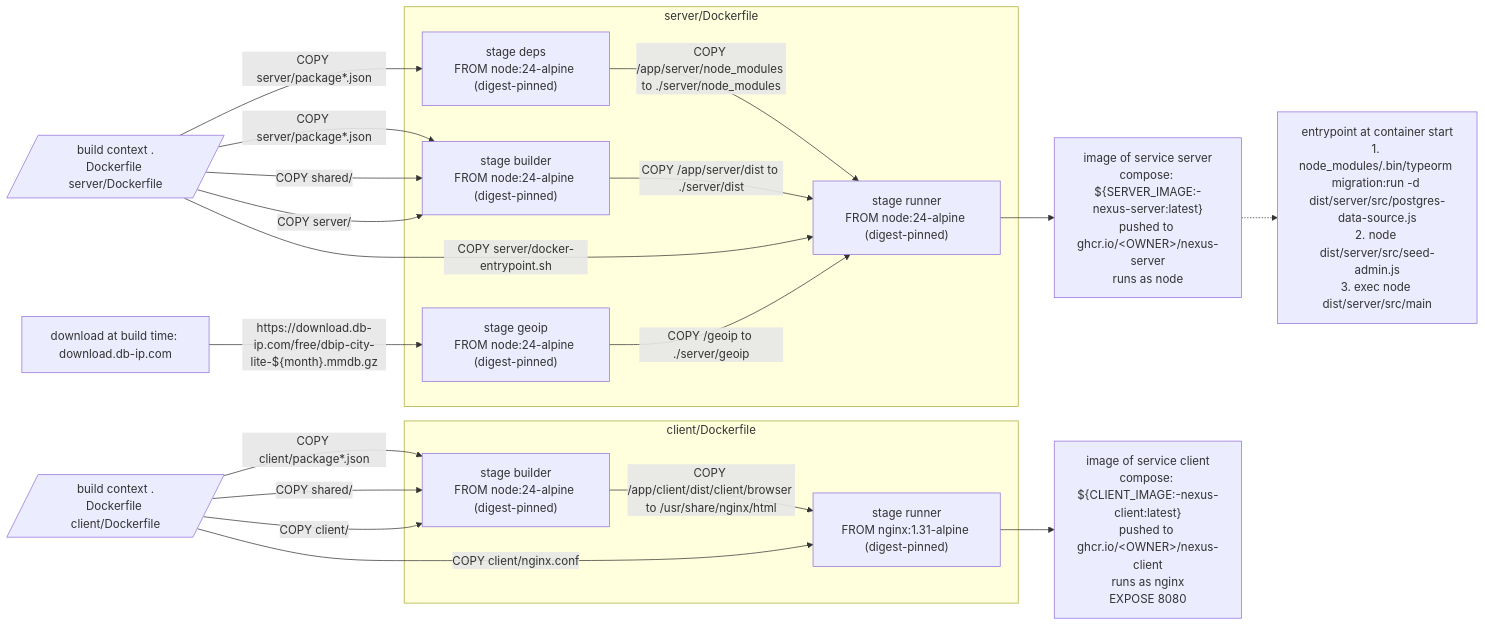
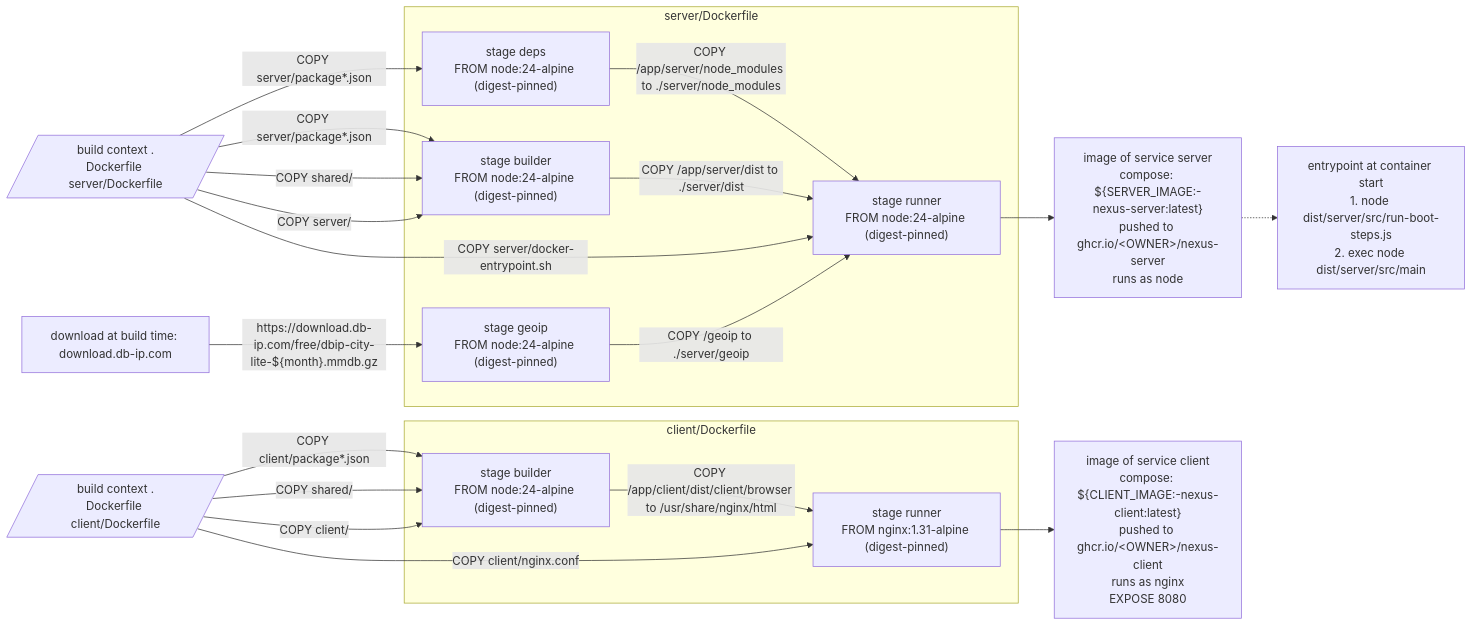
One commit to tauinbox/client-server-starter-app changed the third of 5 diagrams in architecture/docker-graph.md. Above: the diagram before and after it, drawn with Mermaid. The commit also changed 2 other files, not shown here.

Commit message:
docs: describe the pool locks of the cron jobs, the resource sync and the boot steps

````diff
--- a/architecture/docker-graph.md
+++ b/architecture/docker-graph.md
@@ -122,36 +122,36 @@
 ```mermaid
 flowchart LR
   b_server_ctx[/"build context .<br/>Dockerfile server/Dockerfile"/]
   subgraph b_server["server/Dockerfile"]
     b_server_deps["stage deps<br/>FROM node:24-alpine (digest-pinned)"]
     b_server_builder["stage builder<br/>FROM node:24-alpine (digest-pinned)"]
     b_server_geoip["stage geoip<br/>FROM node:24-alpine (digest-pinned)"]
     b_server_runner["stage runner<br/>FROM node:24-alpine (digest-pinned)"]
   end
   b_server_ctx -->|"COPY server/package*.json"| b_server_deps
   b_server_ctx -->|"COPY server/package*.json"| b_server_builder
   b_server_ctx -->|"COPY shared/"| b_server_builder
   b_server_ctx -->|"COPY server/"| b_server_builder
   dl_download_db_ip_com["download at build time: download.db-ip.com"]
   dl_download_db_ip_com -->|"https://download.db-ip.com/free/dbip-city-lite-${month}.mmdb.gz"| b_server_geoip
   b_server_deps -->|"COPY /app/server/node_modules to ./server/node_modules"| b_server_runner
   b_server_builder -->|"COPY /app/server/dist to ./server/dist"| b_server_runner
   b_server_geoip -->|"COPY /geoip to ./server/geoip"| b_server_runner
   b_server_ctx -->|"COPY server/docker-entrypoint.sh"| b_server_runner
   b_server_image["image of service server<br/>compose: ${SERVER_IMAGE:-nexus-server:latest}<br/>pushed to ghcr.io/#lt;OWNER#gt;/nexus-server<br/>runs as node"]
   b_server_runner --> b_server_image
-  b_server_image_entry["entrypoint at container start<br/>1. node_modules/.bin/typeorm migration:run -d dist/server/src/postgres-data-source.js<br/>2. node dist/server/src/seed-admin.js<br/>3. exec node dist/server/src/main"]
+  b_server_image_entry["entrypoint at container start<br/>1. node dist/server/src/run-boot-steps.js<br/>2. exec node dist/server/src/main"]
   b_server_image -.-> b_server_image_entry
   b_client_ctx[/"build context .<br/>Dockerfile client/Dockerfile"/]
   subgraph b_client["client/Dockerfile"]
     b_client_builder["stage builder<br/>FROM node:24-alpine (digest-pinned)"]
     b_client_runner["stage runner<br/>FROM nginx:1.31-alpine (digest-pinned)"]
   end
   b_client_ctx -->|"COPY client/package*.json"| b_client_builder
   b_client_ctx -->|"COPY shared/"| b_client_builder
   b_client_ctx -->|"COPY client/"| b_client_builder
   b_client_builder -->|"COPY /app/client/dist/client/browser to /usr/share/nginx/html"| b_client_runner
   b_client_ctx -->|"COPY client/nginx.conf"| b_client_runner
   b_client_image["image of service client<br/>compose: ${CLIENT_IMAGE:-nexus-client:latest}<br/>pushed to ghcr.io/#lt;OWNER#gt;/nexus-client<br/>runs as nginx<br/>EXPOSE 8080"]
   b_client_runner --> b_client_image
 ```
````
